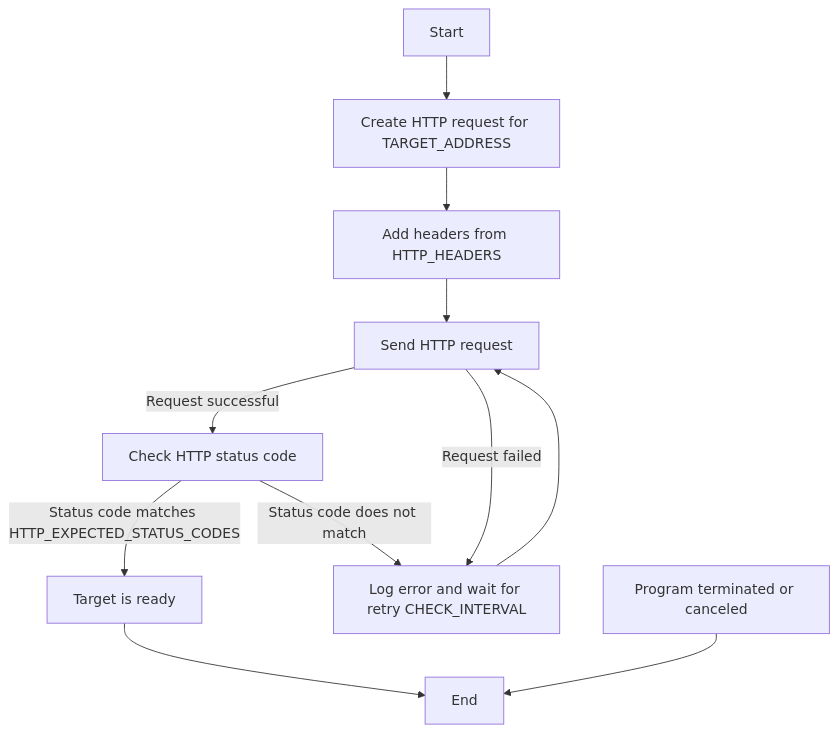
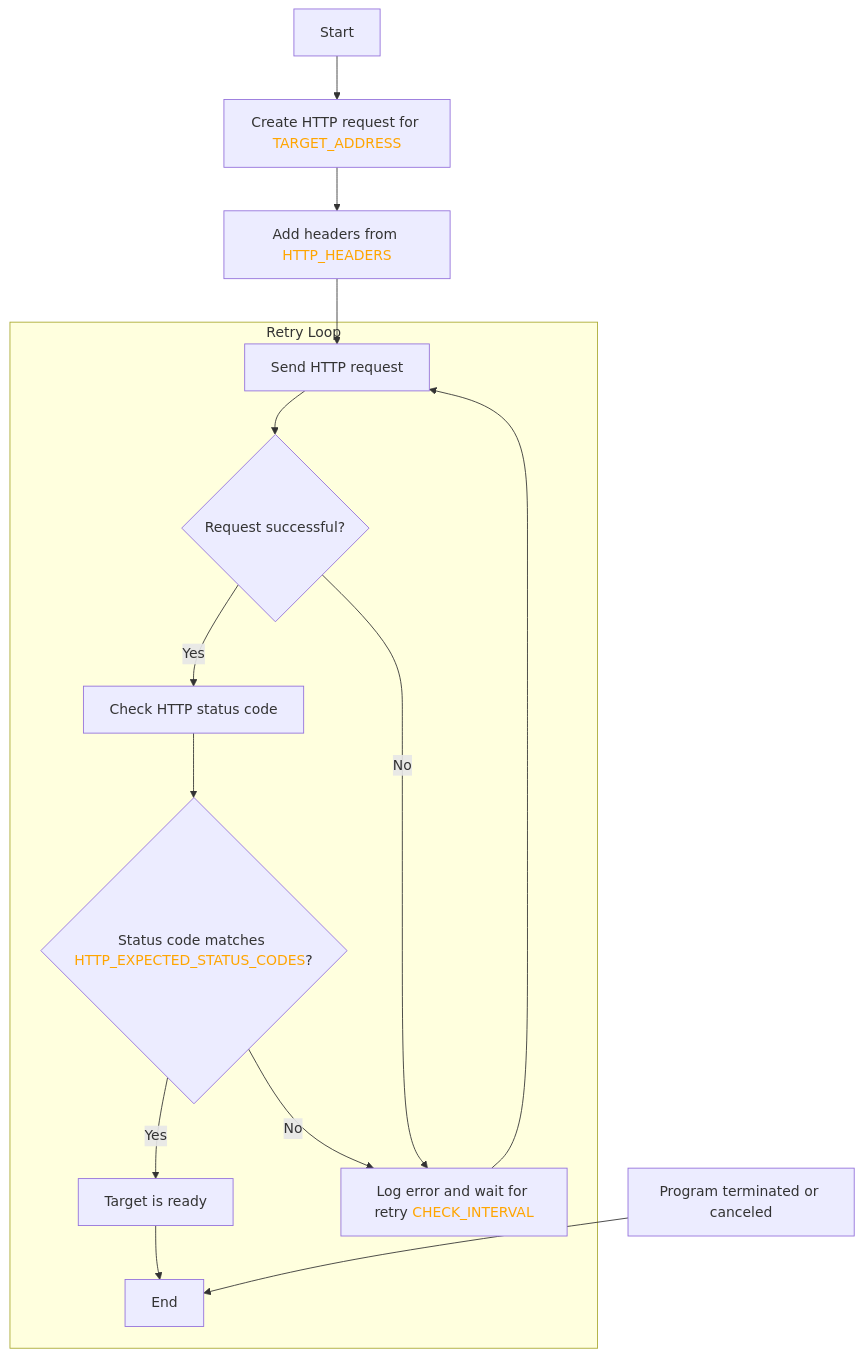
Before and after one commit to containeroo/portpatrol: the first of 2 diagrams in README.md, drawn with Mermaid. The commit also changed other lines of this file, not shown here.

Commit message:
docs: update mermaid diagrams

````diff
--- a/README.md
+++ b/README.md
@@ -55,13 +55,20 @@
 ```mermaid
 graph TD;
-    A[Start] --> B[Create HTTP request for TARGET_ADDRESS];
-    B --> C[Add headers from HTTP_HEADERS];
+    A[Start] --> B[Create HTTP request for <font color=orange>TARGET_ADDRESS</font>];
+    B --> C[Add headers from <font color=orange>HTTP_HEADERS</font>];
     C --> D[Send HTTP request];
-    D -->|Request successful| E[Check HTTP status code];
-    D -->|Request failed| F[Log error and wait for retry CHECK_INTERVAL];
-    F --> D;
-    E -->|Status code matches HTTP_EXPECTED_STATUS_CODES| G[Target is ready];
-    E -->|Status code does not match| F;
-    G --> H[End];
-    I[Program terminated or canceled] --> H;
+
+    E -->|Yes| F[Check HTTP status code];
+    E -->|No| G[Log error and wait for retry <font color=orange>CHECK_INTERVAL</font>];
+
+    subgraph Retry Loop
+        G --> D;
+           D --> E{Request successful?};
+        F --> H{Status code matches <font color=orange>HTTP_EXPECTED_STATUS_CODES</font>?};
+    H -->|Yes| I[Target is ready];
+    H -->|No| G;
+    I --> J[End];
+    end
+
+    K[Program terminated or canceled] --> J;
 ```
````
